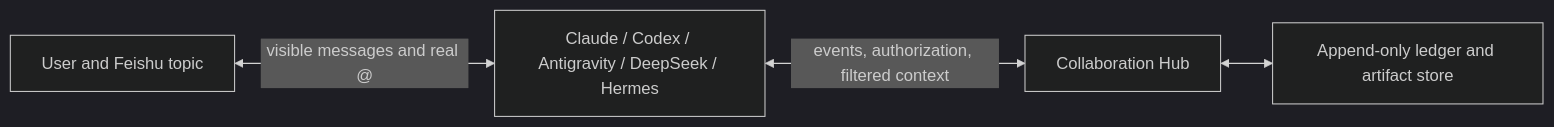
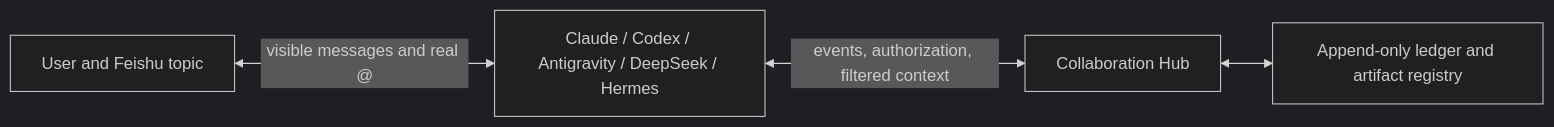
The diagram in docs/DESIGN.md (ZenHatesCoding/feishu-local-agent-bridge-windows), drawn with Mermaid (dark theme) before and after one commit. The commit also changed other lines of this file and 9 other files, not shown here.

````diff
--- a/docs/DESIGN.md
+++ b/docs/DESIGN.md
@@ -50,10 +50,10 @@
 ```mermaid
 flowchart LR
   U["User and Feishu topic"]
   A["Claude / Codex / Antigravity / DeepSeek / Hermes"]
   H["Collaboration Hub"]
-  L["Append-only ledger and artifact store"]
+  L["Append-only ledger and artifact registry"]
   U <-->|"visible messages and real @"| A
   A <-->|"events, authorization, filtered context"| H
   H <--> L
 ```
````
